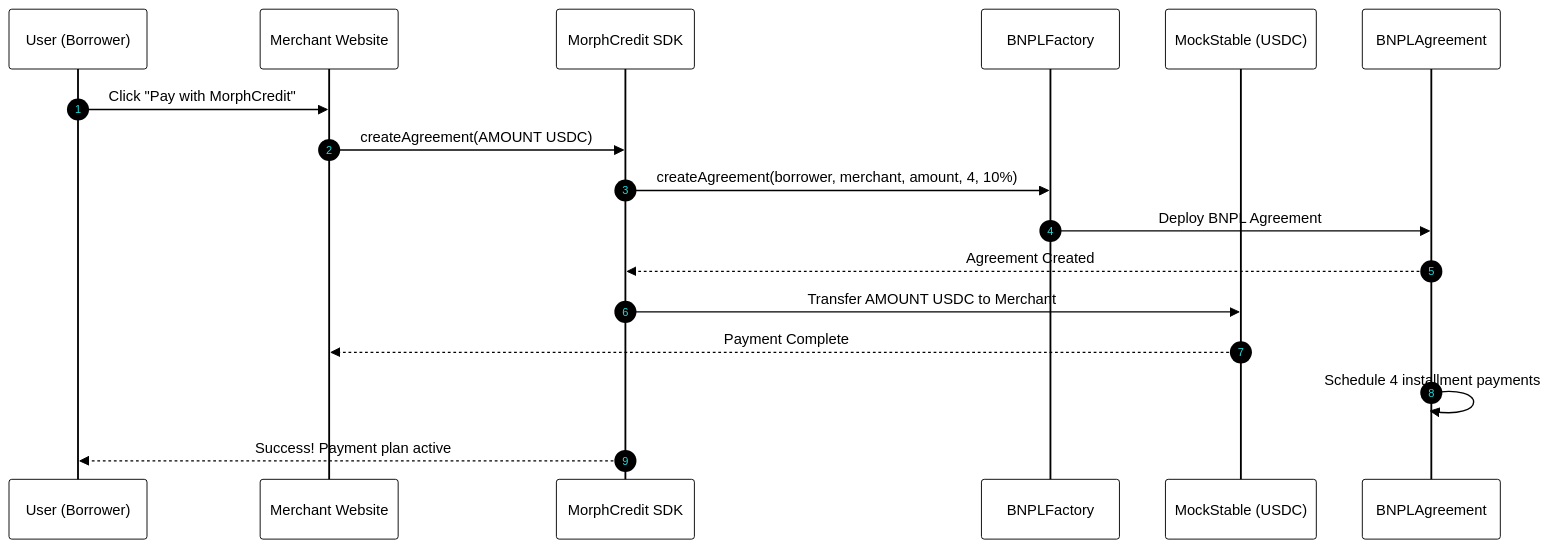
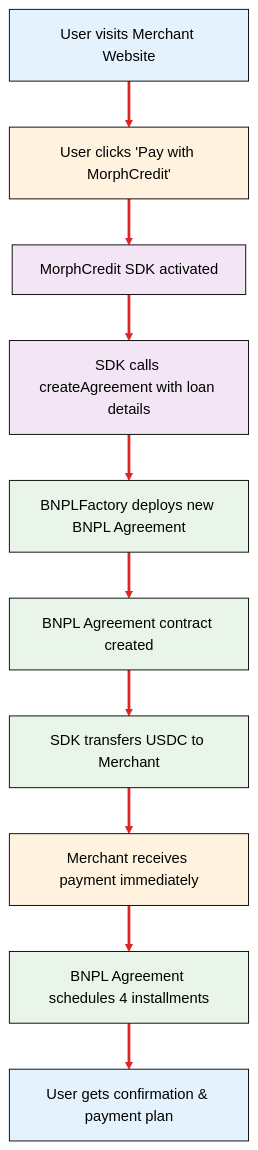
One commit to okwareddevnest/MorphCredit changed the fourth of 6 diagrams in README.md. Above: the diagram before and after it, drawn with Mermaid. The commit also changed other lines of this file, not shown here.

First line of the commit message:
Revise README to update BNPL flow diagrams for clarity and consistency

````diff
--- a/README.md
+++ b/README.md
@@ -378,21 +378,34 @@
 ```mermaid
-%%{init: {'theme':'base', 'themeVariables': {'primaryColor': '#ffffff', 'primaryTextColor': '#000000', 'primaryBorderColor': '#000000', 'lineColor': '#dc2626', 'edgeLabelBackground': '#ffffff', 'clusterBkg': '#ffffff', 'secondaryColor': '#ffffff', 'tertiaryColor': '#ffffff', 'background': '#ffffff', 'mainBkg': '#ffffff', 'secondBkg': '#ffffff', 'tertiaryBkg': '#ffffff', 'messageLine0': '#dc2626', 'messageLine1': '#dc2626', 'messageText': '#000000', 'activationBorderColor': '#dc2626', 'activationBkgColor': '#ffffff'}}}%%
-sequenceDiagram
-  autonumber
-  participant U as User (Borrower)
-  participant M as Merchant Website
-  participant SDK as MorphCredit SDK
-  participant BF as BNPLFactory
-  participant MS as MockStable (USDC)
-  participant BA as BNPLAgreement
-
-  U->>M: Click "Pay with MorphCredit"
-  M->>SDK: createAgreement(AMOUNT USDC)
-  SDK->>BF: createAgreement(borrower, merchant, amount, 4, 10%)
-  BF->>BA: Deploy BNPL Agreement
-  BA-->>SDK: Agreement Created
-  SDK->>MS: Transfer AMOUNT USDC to Merchant
-  MS-->>M: Payment Complete
-  BA->>BA: Schedule 4 installment payments
-  SDK-->>U: Success! Payment plan active
+%%{init: {'theme':'base', 'themeVariables': {'primaryColor': '#ffffff', 'primaryTextColor': '#000000', 'primaryBorderColor': '#000000', 'lineColor': '#dc2626', 'edgeLabelBackground': '#ffffff', 'clusterBkg': '#ffffff', 'secondaryColor': '#ffffff', 'tertiaryColor': '#ffffff', 'background': '#ffffff', 'mainBkg': '#ffffff', 'secondBkg': '#ffffff', 'tertiaryBkg': '#ffffff'}}}%%
+flowchart TD
+  A[User visits Merchant Website] --> B[User clicks 'Pay with MorphCredit']
+  B --> C[MorphCredit SDK activated]
+  C --> D[SDK calls createAgreement with loan details]
+  D --> E[BNPLFactory deploys new BNPL Agreement]
+  E --> F[BNPL Agreement contract created]
+  F --> G[SDK transfers USDC to Merchant]
+  G --> H[Merchant receives payment immediately]
+  H --> I[BNPL Agreement schedules 4 installments]
+  I --> J[User gets confirmation & payment plan]
+  
+  style A fill:#e3f2fd,color:#000000
+  style B fill:#fff3e0,color:#000000
+  style C fill:#f3e5f5,color:#000000
+  style D fill:#f3e5f5,color:#000000
+  style E fill:#e8f5e8,color:#000000
+  style F fill:#e8f5e8,color:#000000
+  style G fill:#e8f5e8,color:#000000
+  style H fill:#fff3e0,color:#000000
+  style I fill:#e8f5e8,color:#000000
+  style J fill:#e3f2fd,color:#000000
+  
+  linkStyle 0 stroke:#dc2626,stroke-width:3px
+  linkStyle 1 stroke:#dc2626,stroke-width:3px
+  linkStyle 2 stroke:#dc2626,stroke-width:3px
+  linkStyle 3 stroke:#dc2626,stroke-width:3px
+  linkStyle 4 stroke:#dc2626,stroke-width:3px
+  linkStyle 5 stroke:#dc2626,stroke-width:3px
+  linkStyle 6 stroke:#dc2626,stroke-width:3px
+  linkStyle 7 stroke:#dc2626,stroke-width:3px
+  linkStyle 8 stroke:#dc2626,stroke-width:3px
 ```
````
